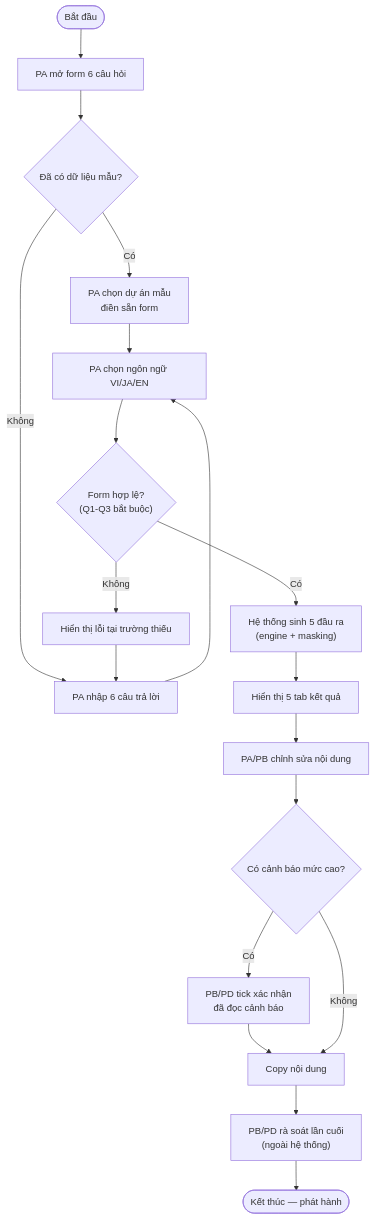
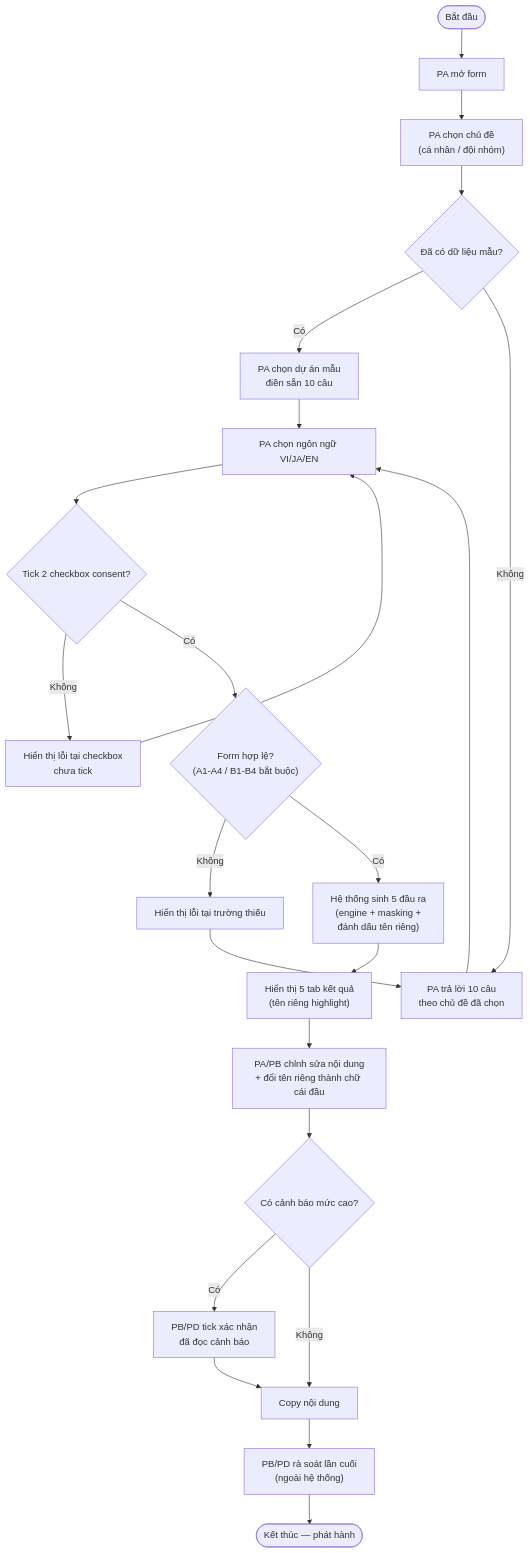
Before and after one commit to TrangVQ6/story-coders: the first of 6 diagrams in docs/04-process-flows.md, drawn with Mermaid. The commit also changed other lines of this file and 44 other files, not shown here.

````diff
--- a/docs/04-process-flows.md
+++ b/docs/04-process-flows.md
@@ -22,21 +22,25 @@
 ```mermaid
 flowchart TD
-    A(["Bắt đầu"]) --> B["PA mở form 6 câu hỏi"]
-    B --> C{"Đã có dữ liệu mẫu?"}
-    C -- "Có" --> D["PA chọn dự án mẫu<br/>điền sẵn form"]
-    C -- "Không" --> E["PA nhập 6 câu trả lời"]
-    D --> F["PA chọn ngôn ngữ VI/JA/EN"]
-    E --> F
-    F --> G{"Form hợp lệ?<br/>(Q1-Q3 bắt buộc)"}
-    G -- "Không" --> H["Hiển thị lỗi tại trường thiếu"]
-    H --> E
-    G -- "Có" --> I["Hệ thống sinh 5 đầu ra<br/>(engine + masking)"]
-    I --> J["Hiển thị 5 tab kết quả"]
-    J --> K["PA/PB chỉnh sửa nội dung"]
-    K --> L{"Có cảnh báo mức cao?"}
-    L -- "Có" --> M["PB/PD tick xác nhận<br/>đã đọc cảnh báo"]
-    M --> N["Copy nội dung"]
-    L -- "Không" --> N
-    N --> O["PB/PD rà soát lần cuối<br/>(ngoài hệ thống)"]
-    O --> P(["Kết thúc — phát hành"])
+    A(["Bắt đầu"]) --> B["PA mở form"]
+    B --> C["PA chọn chủ đề<br/>(cá nhân / đội nhóm)"]
+    C --> D{"Đã có dữ liệu mẫu?"}
+    D -- "Có" --> E["PA chọn dự án mẫu<br/>điền sẵn 10 câu"]
+    D -- "Không" --> F["PA trả lời 10 câu<br/>theo chủ đề đã chọn"]
+    E --> G["PA chọn ngôn ngữ VI/JA/EN"]
+    F --> G
+    G --> H{"Tick 2 checkbox consent?"}
+    H -- "Không" --> I["Hiển thị lỗi tại checkbox<br/>chưa tick"]
+    I --> G
+    H -- "Có" --> J{"Form hợp lệ?<br/>(A1-A4 / B1-B4 bắt buộc)"}
+    J -- "Không" --> K["Hiển thị lỗi tại trường thiếu"]
+    K --> F
+    J -- "Có" --> L["Hệ thống sinh 5 đầu ra<br/>(engine + masking +<br/>đánh dấu tên riêng)"]
+    L --> M["Hiển thị 5 tab kết quả<br/>(tên riêng highlight)"]
+    M --> N["PA/PB chỉnh sửa nội dung<br/>+ đổi tên riêng thành chữ cái đầu"]
+    N --> O{"Có cảnh báo mức cao?"}
+    O -- "Có" --> P["PB/PD tick xác nhận<br/>đã đọc cảnh báo"]
+    P --> Q["Copy nội dung"]
+    O -- "Không" --> Q
+    Q --> R["PB/PD rà soát lần cuối<br/>(ngoài hệ thống)"]
+    R --> S(["Kết thúc — phát hành"])
 ```
````
